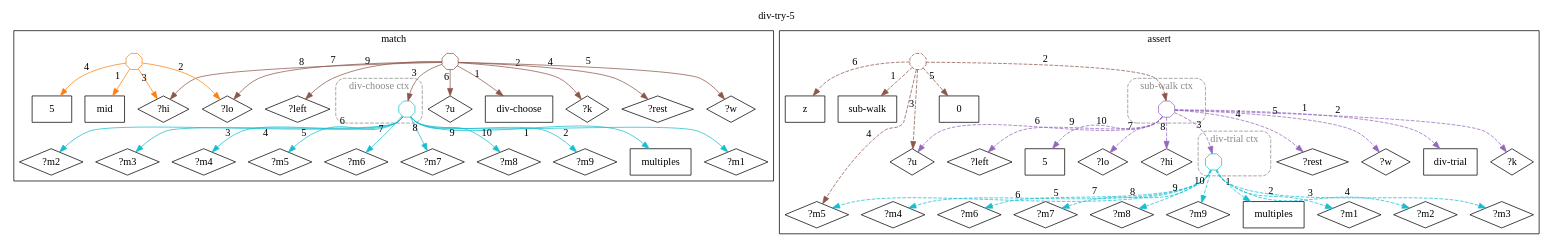
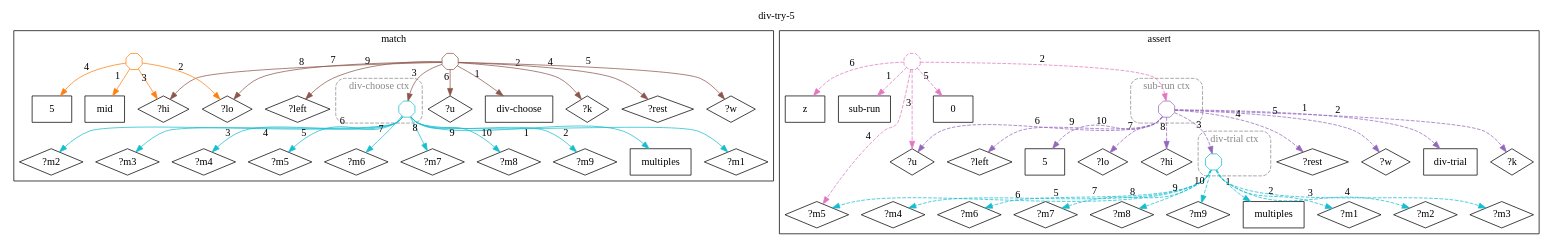
One commit to agutikov/ein changed the diagram in docs/ein/user/04-reference/04-stdlib/diagrams/09-std.math.decimal-arith.div-try-5.dot. Above: the diagram before and after it, drawn with Graphviz. The commit also changed 347 other files, not shown here.

```diff
--- a/docs/ein/user/04-reference/04-stdlib/diagrams/09-std.math.decimal-arith.div-try-5.dot
+++ b/docs/ein/user/04-reference/04-stdlib/diagrams/09-std.math.decimal-arith.div-try-5.dot
@@ -1,114 +1,114 @@
 digraph rule_div_try_5_lhs_rhs {
   rankdir=TB;
   label="div-try-5"; labelloc=t;
   subgraph cluster_lhs { label="match";
     "div-choose_L" [label="div-choose", shape=box];
     "?k_L" [label="?k", shape=diamond];
     "multiples_L" [label="multiples", shape=box];
     "?m1_L" [label="?m1", shape=diamond];
     "?m2_L" [label="?m2", shape=diamond];
     "?m3_L" [label="?m3", shape=diamond];
     "?m4_L" [label="?m4", shape=diamond];
     "?m5_L" [label="?m5", shape=diamond];
     "?m6_L" [label="?m6", shape=diamond];
     "?m7_L" [label="?m7", shape=diamond];
     "?m8_L" [label="?m8", shape=diamond];
     "?m9_L" [label="?m9", shape=diamond];
     "?rest_L" [label="?rest", shape=diamond];
     "?w_L" [label="?w", shape=diamond];
     "?u_L" [label="?u", shape=diamond];
     "?lo_L" [label="?lo", shape=diamond];
     "?hi_L" [label="?hi", shape=diamond];
     "?left_L" [label="?left", shape=diamond];
     "mid_L" [label="mid", shape=box];
     "5_L" [label="5", shape=box];
     subgraph cluster_ctx_L_0 {
       label="div-choose ctx"; style="dashed,rounded"; color="#888888"; fontcolor="#888888";
       "(multiples ?m1 ?m2 ?m3 ?m4 ?m5 ?m6 ?m7 ?m8 ?m9)_L" [shape=octagon, label="", width=0.3, height=0.3, fixedsize=true, color="#17becf"];
     }
     "h1_div-choose_L" [shape=octagon, label="", width=0.3, height=0.3, fixedsize=true, color="#8c564b"];
     "h1_div-choose_L" -> "div-choose_L" [xlabel="1", color="#8c564b"];
     "h1_div-choose_L" -> "?k_L" [xlabel="2", color="#8c564b"];
     "h1_div-choose_L" -> "(multiples ?m1 ?m2 ?m3 ?m4 ?m5 ?m6 ?m7 ?m8 ?m9)_L" [xlabel="3", color="#8c564b"];
     "h1_div-choose_L" -> "?rest_L" [xlabel="4", color="#8c564b"];
     "h1_div-choose_L" -> "?w_L" [xlabel="5", color="#8c564b"];
     "h1_div-choose_L" -> "?u_L" [xlabel="6", color="#8c564b"];
     "h1_div-choose_L" -> "?lo_L" [xlabel="7", color="#8c564b"];
     "h1_div-choose_L" -> "?hi_L" [xlabel="8", color="#8c564b"];
     "h1_div-choose_L" -> "?left_L" [xlabel="9", color="#8c564b"];
     "h2_mid_L" [shape=octagon, label="", width=0.3, height=0.3, fixedsize=true, color="#ff7f0e"];
     "h2_mid_L" -> "mid_L" [xlabel="1", color="#ff7f0e"];
     "h2_mid_L" -> "?lo_L" [xlabel="2", color="#ff7f0e"];
     "h2_mid_L" -> "?hi_L" [xlabel="3", color="#ff7f0e"];
     "h2_mid_L" -> "5_L" [xlabel="4", color="#ff7f0e"];
     "(multiples ?m1 ?m2 ?m3 ?m4 ?m5 ?m6 ?m7 ?m8 ?m9)_L" -> "multiples_L" [xlabel="1", color="#17becf"];
     "(multiples ?m1 ?m2 ?m3 ?m4 ?m5 ?m6 ?m7 ?m8 ?m9)_L" -> "?m1_L" [xlabel="2", color="#17becf"];
     "(multiples ?m1 ?m2 ?m3 ?m4 ?m5 ?m6 ?m7 ?m8 ?m9)_L" -> "?m2_L" [xlabel="3", color="#17becf"];
     "(multiples ?m1 ?m2 ?m3 ?m4 ?m5 ?m6 ?m7 ?m8 ?m9)_L" -> "?m3_L" [xlabel="4", color="#17becf"];
     "(multiples ?m1 ?m2 ?m3 ?m4 ?m5 ?m6 ?m7 ?m8 ?m9)_L" -> "?m4_L" [xlabel="5", color="#17becf"];
     "(multiples ?m1 ?m2 ?m3 ?m4 ?m5 ?m6 ?m7 ?m8 ?m9)_L" -> "?m5_L" [xlabel="6", color="#17becf"];
     "(multiples ?m1 ?m2 ?m3 ?m4 ?m5 ?m6 ?m7 ?m8 ?m9)_L" -> "?m6_L" [xlabel="7", color="#17becf"];
     "(multiples ?m1 ?m2 ?m3 ?m4 ?m5 ?m6 ?m7 ?m8 ?m9)_L" -> "?m7_L" [xlabel="8", color="#17becf"];
     "(multiples ?m1 ?m2 ?m3 ?m4 ?m5 ?m6 ?m7 ?m8 ?m9)_L" -> "?m8_L" [xlabel="9", color="#17becf"];
     "(multiples ?m1 ?m2 ?m3 ?m4 ?m5 ?m6 ?m7 ?m8 ?m9)_L" -> "?m9_L" [xlabel="10", color="#17becf"];
   }
   subgraph cluster_rhs { label="assert";
-    "sub-walk_R" [label="sub-walk", shape=box];
+    "sub-run_R" [label="sub-run", shape=box];
     "div-trial_R" [label="div-trial", shape=box];
     "?k_R" [label="?k", shape=diamond];
     "multiples_R" [label="multiples", shape=box];
     "?m1_R" [label="?m1", shape=diamond];
     "?m2_R" [label="?m2", shape=diamond];
     "?m3_R" [label="?m3", shape=diamond];
     "?m4_R" [label="?m4", shape=diamond];
     "?m5_R" [label="?m5", shape=diamond];
     "?m6_R" [label="?m6", shape=diamond];
     "?m7_R" [label="?m7", shape=diamond];
     "?m8_R" [label="?m8", shape=diamond];
     "?m9_R" [label="?m9", shape=diamond];
     "?rest_R" [label="?rest", shape=diamond];
     "?w_R" [label="?w", shape=diamond];
     "?u_R" [label="?u", shape=diamond];
     "?lo_R" [label="?lo", shape=diamond];
     "?hi_R" [label="?hi", shape=diamond];
     "?left_R" [label="?left", shape=diamond];
     "5_R" [label="5", shape=box];
     "0_R" [label="0", shape=box];
     "z_R" [label="z", shape=box];
     subgraph cluster_ctx_R_0 {
       label="div-trial ctx"; style="dashed,rounded"; color="#888888"; fontcolor="#888888";
       "(multiples ?m1 ?m2 ?m3 ?m4 ?m5 ?m6 ?m7 ?m8 ?m9)_R" [shape=octagon, label="", width=0.3, height=0.3, fixedsize=true, color="#17becf"];
     }
     subgraph cluster_ctx_R_1 {
-      label="sub-walk ctx"; style="dashed,rounded"; color="#888888"; fontcolor="#888888";
+      label="sub-run ctx"; style="dashed,rounded"; color="#888888"; fontcolor="#888888";
       "(div-trial ?k (multiples ?m1 ?m2 ?m3 ?m4 ?m5 ?m6 ?m7 ?m8 ?m9) ?rest ?w ?u ?lo ?hi ?left 5)_R" [shape=octagon, label="", width=0.3, height=0.3, fixedsize=true, color="#9467bd"];
     }
-    "h3_sub-walk_R" [shape=octagon, label="", width=0.3, height=0.3, fixedsize=true, color="#8c564b", style=dashed];
-    "h3_sub-walk_R" -> "sub-walk_R" [xlabel="1", color="#8c564b", style=dashed];
-    "h3_sub-walk_R" -> "(div-trial ?k (multiples ?m1 ?m2 ?m3 ?m4 ?m5 ?m6 ?m7 ?m8 ?m9) ?rest ?w ?u ?lo ?hi ?left 5)_R" [xlabel="2", color="#8c564b", style=dashed];
-    "h3_sub-walk_R" -> "?u_R" [xlabel="3", color="#8c564b", style=dashed];
-    "h3_sub-walk_R" -> "?m5_R" [xlabel="4", color="#8c564b", style=dashed];
-    "h3_sub-walk_R" -> "0_R" [xlabel="5", color="#8c564b", style=dashed];
-    "h3_sub-walk_R" -> "z_R" [xlabel="6", color="#8c564b", style=dashed];
+    "h3_sub-run_R" [shape=octagon, label="", width=0.3, height=0.3, fixedsize=true, color="#e377c2", style=dashed];
+    "h3_sub-run_R" -> "sub-run_R" [xlabel="1", color="#e377c2", style=dashed];
+    "h3_sub-run_R" -> "(div-trial ?k (multiples ?m1 ?m2 ?m3 ?m4 ?m5 ?m6 ?m7 ?m8 ?m9) ?rest ?w ?u ?lo ?hi ?left 5)_R" [xlabel="2", color="#e377c2", style=dashed];
+    "h3_sub-run_R" -> "?u_R" [xlabel="3", color="#e377c2", style=dashed];
+    "h3_sub-run_R" -> "?m5_R" [xlabel="4", color="#e377c2", style=dashed];
+    "h3_sub-run_R" -> "0_R" [xlabel="5", color="#e377c2", style=dashed];
+    "h3_sub-run_R" -> "z_R" [xlabel="6", color="#e377c2", style=dashed];
     "(div-trial ?k (multiples ?m1 ?m2 ?m3 ?m4 ?m5 ?m6 ?m7 ?m8 ?m9) ?rest ?w ?u ?lo ?hi ?left 5)_R" -> "div-trial_R" [xlabel="1", color="#9467bd", style=dashed];
     "(div-trial ?k (multiples ?m1 ?m2 ?m3 ?m4 ?m5 ?m6 ?m7 ?m8 ?m9) ?rest ?w ?u ?lo ?hi ?left 5)_R" -> "?k_R" [xlabel="2", color="#9467bd", style=dashed];
     "(div-trial ?k (multiples ?m1 ?m2 ?m3 ?m4 ?m5 ?m6 ?m7 ?m8 ?m9) ?rest ?w ?u ?lo ?hi ?left 5)_R" -> "(multiples ?m1 ?m2 ?m3 ?m4 ?m5 ?m6 ?m7 ?m8 ?m9)_R" [xlabel="3", color="#9467bd", style=dashed];
     "(div-trial ?k (multiples ?m1 ?m2 ?m3 ?m4 ?m5 ?m6 ?m7 ?m8 ?m9) ?rest ?w ?u ?lo ?hi ?left 5)_R" -> "?rest_R" [xlabel="4", color="#9467bd", style=dashed];
     "(div-trial ?k (multiples ?m1 ?m2 ?m3 ?m4 ?m5 ?m6 ?m7 ?m8 ?m9) ?rest ?w ?u ?lo ?hi ?left 5)_R" -> "?w_R" [xlabel="5", color="#9467bd", style=dashed];
     "(div-trial ?k (multiples ?m1 ?m2 ?m3 ?m4 ?m5 ?m6 ?m7 ?m8 ?m9) ?rest ?w ?u ?lo ?hi ?left 5)_R" -> "?u_R" [xlabel="6", color="#9467bd", style=dashed];
     "(div-trial ?k (multiples ?m1 ?m2 ?m3 ?m4 ?m5 ?m6 ?m7 ?m8 ?m9) ?rest ?w ?u ?lo ?hi ?left 5)_R" -> "?lo_R" [xlabel="7", color="#9467bd", style=dashed];
     "(div-trial ?k (multiples ?m1 ?m2 ?m3 ?m4 ?m5 ?m6 ?m7 ?m8 ?m9) ?rest ?w ?u ?lo ?hi ?left 5)_R" -> "?hi_R" [xlabel="8", color="#9467bd", style=dashed];
     "(div-trial ?k (multiples ?m1 ?m2 ?m3 ?m4 ?m5 ?m6 ?m7 ?m8 ?m9) ?rest ?w ?u ?lo ?hi ?left 5)_R" -> "?left_R" [xlabel="9", color="#9467bd", style=dashed];
     "(div-trial ?k (multiples ?m1 ?m2 ?m3 ?m4 ?m5 ?m6 ?m7 ?m8 ?m9) ?rest ?w ?u ?lo ?hi ?left 5)_R" -> "5_R" [xlabel="10", color="#9467bd", style=dashed];
     "(multiples ?m1 ?m2 ?m3 ?m4 ?m5 ?m6 ?m7 ?m8 ?m9)_R" -> "multiples_R" [xlabel="1", color="#17becf", style=dashed];
     "(multiples ?m1 ?m2 ?m3 ?m4 ?m5 ?m6 ?m7 ?m8 ?m9)_R" -> "?m1_R" [xlabel="2", color="#17becf", style=dashed];
     "(multiples ?m1 ?m2 ?m3 ?m4 ?m5 ?m6 ?m7 ?m8 ?m9)_R" -> "?m2_R" [xlabel="3", color="#17becf", style=dashed];
     "(multiples ?m1 ?m2 ?m3 ?m4 ?m5 ?m6 ?m7 ?m8 ?m9)_R" -> "?m3_R" [xlabel="4", color="#17becf", style=dashed];
     "(multiples ?m1 ?m2 ?m3 ?m4 ?m5 ?m6 ?m7 ?m8 ?m9)_R" -> "?m4_R" [xlabel="5", color="#17becf", style=dashed];
     "(multiples ?m1 ?m2 ?m3 ?m4 ?m5 ?m6 ?m7 ?m8 ?m9)_R" -> "?m5_R" [xlabel="6", color="#17becf", style=dashed];
     "(multiples ?m1 ?m2 ?m3 ?m4 ?m5 ?m6 ?m7 ?m8 ?m9)_R" -> "?m6_R" [xlabel="7", color="#17becf", style=dashed];
     "(multiples ?m1 ?m2 ?m3 ?m4 ?m5 ?m6 ?m7 ?m8 ?m9)_R" -> "?m7_R" [xlabel="8", color="#17becf", style=dashed];
     "(multiples ?m1 ?m2 ?m3 ?m4 ?m5 ?m6 ?m7 ?m8 ?m9)_R" -> "?m8_R" [xlabel="9", color="#17becf", style=dashed];
     "(multiples ?m1 ?m2 ?m3 ?m4 ?m5 ?m6 ?m7 ?m8 ?m9)_R" -> "?m9_R" [xlabel="10", color="#17becf", style=dashed];
   }
 }
```
